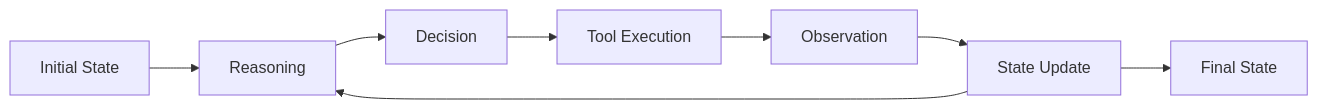
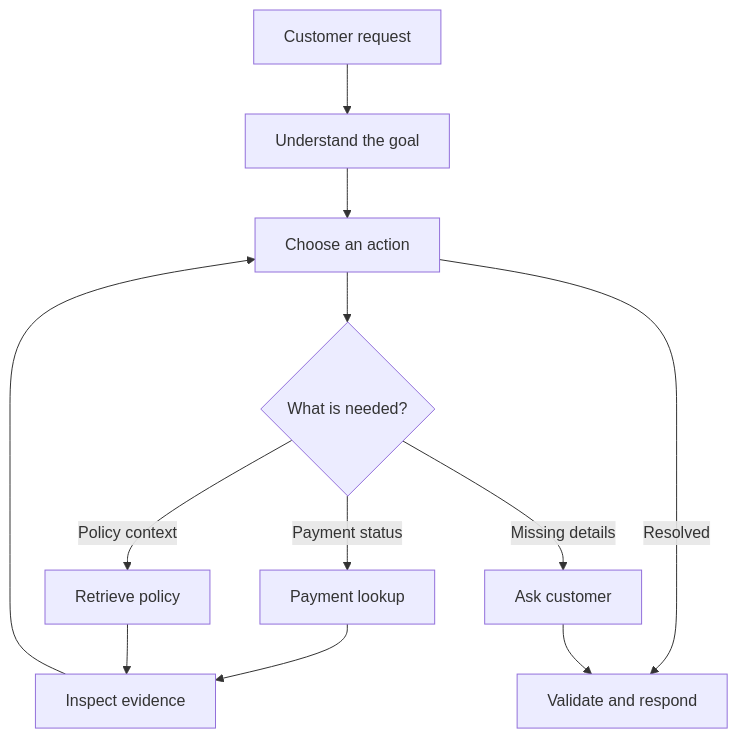
The first of 8 diagrams in docs/08-ai-engineering-frameworks/langgraph/18-graph-based-agent-architecture.md (MihirKJha/enterprise-ai-engineering-handbook), drawn with Mermaid before and after one commit. The commit also changed other lines of this file and 10 other files, not shown here.

````diff
--- a/docs/08-ai-engineering-frameworks/langgraph/18-graph-based-agent-architecture.md
+++ b/docs/08-ai-engineering-frameworks/langgraph/18-graph-based-agent-architecture.md
@@ -359,17 +49,14 @@
 ```mermaid
-flowchart LR
-
-    A[Initial State] --> B[Reasoning]
-
-    B --> C[Decision]
-
-    C --> D[Tool Execution]
-
-    D --> E[Observation]
-
-    E --> F[State Update]
-
-    F --> B
-
-    F --> G[Final State]
+flowchart TD
+    A[Customer request] --> B[Understand the goal]
+    B --> C[Choose an action]
+    C --> D{What is needed?}
+    D -->|Payment status| E[Payment lookup]
+    D -->|Policy context| F[Retrieve policy]
+    D -->|Missing details| G[Ask customer]
+    E --> H[Inspect evidence]
+    F --> H
+    H --> C
+    C -->|Resolved| I[Validate and respond]
+    G --> I
 ```
````
